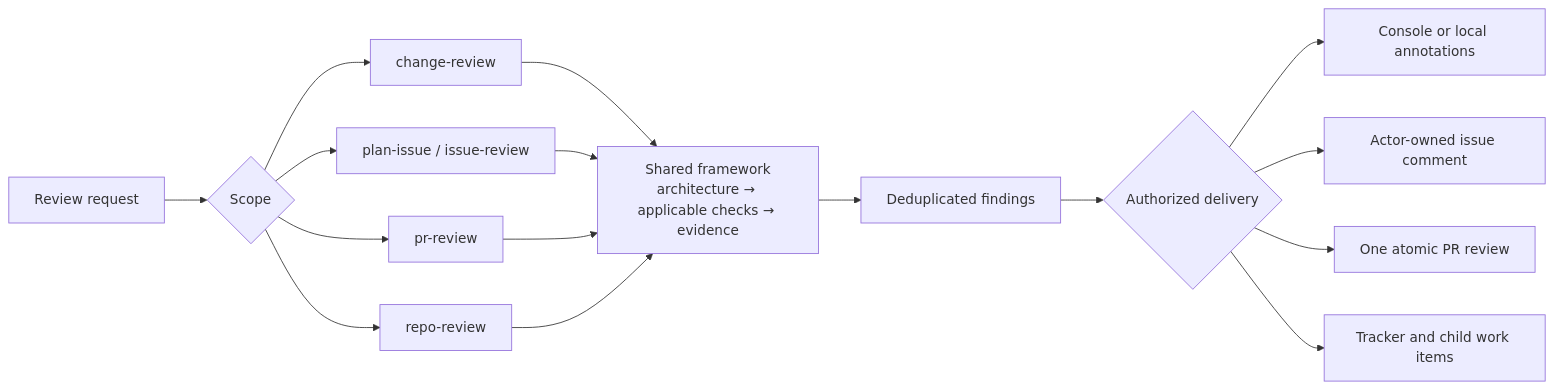
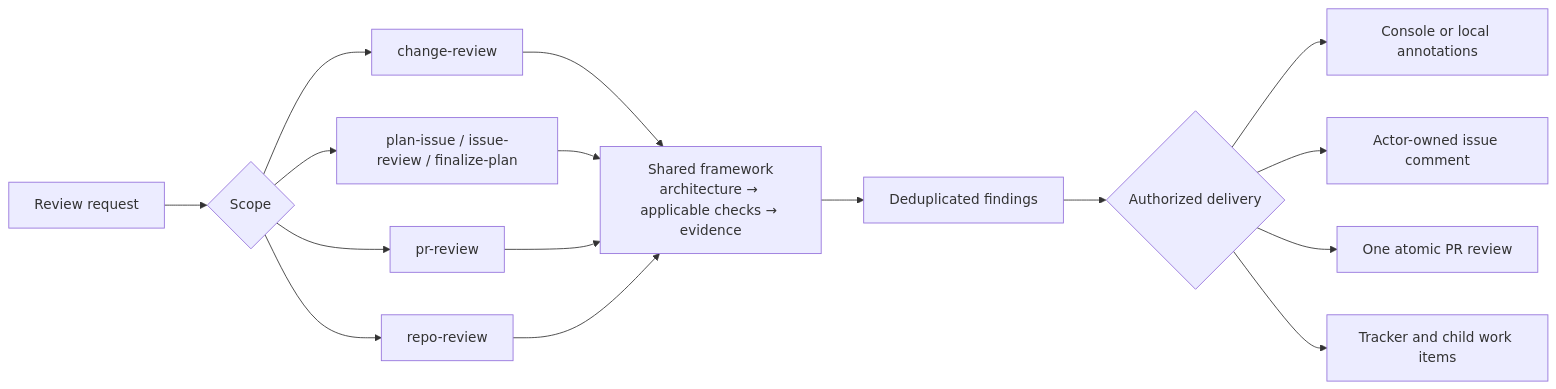
One commit to HomericIntelligence/Athena changed the diagram in docs/review/README.md. Above: the diagram before and after it, drawn with Mermaid. The commit also changed other lines of this file and 9 other files, not shown here.

Commit message:
feat(review): add finalize-plan skill

````diff
--- a/docs/review/README.md
+++ b/docs/review/README.md
@@ -9,20 +9,20 @@
 ```mermaid
 flowchart LR
     Request["Review request"] --> Scope{"Scope"}
     Scope --> Change["change-review"]
-    Scope --> Issue["plan-issue / issue-review"]
+    Scope --> Issue["plan-issue / issue-review / finalize-plan"]
     Scope --> Pull["pr-review"]
     Scope --> Repository["repo-review"]
 
     Change --> Framework["Shared framework\narchitecture → applicable checks → evidence"]
     Issue --> Framework
     Pull --> Framework
     Repository --> Framework
 
     Framework --> Findings["Deduplicated findings"]
     Findings --> Delivery{"Authorized delivery"}
     Delivery --> Console["Console or local annotations"]
     Delivery --> IssueComment["Actor-owned issue comment"]
     Delivery --> PullReview["One atomic PR review"]
     Delivery --> Tracker["Tracker and child work items"]
 ```
````
